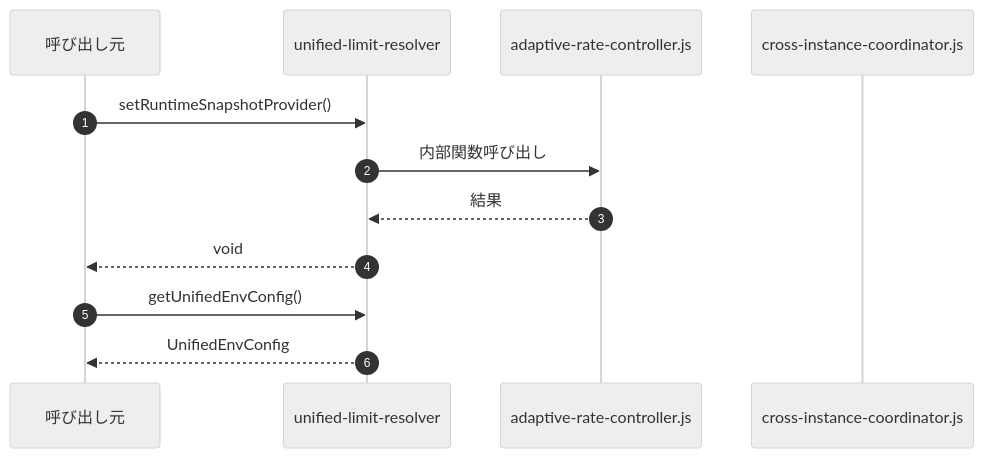
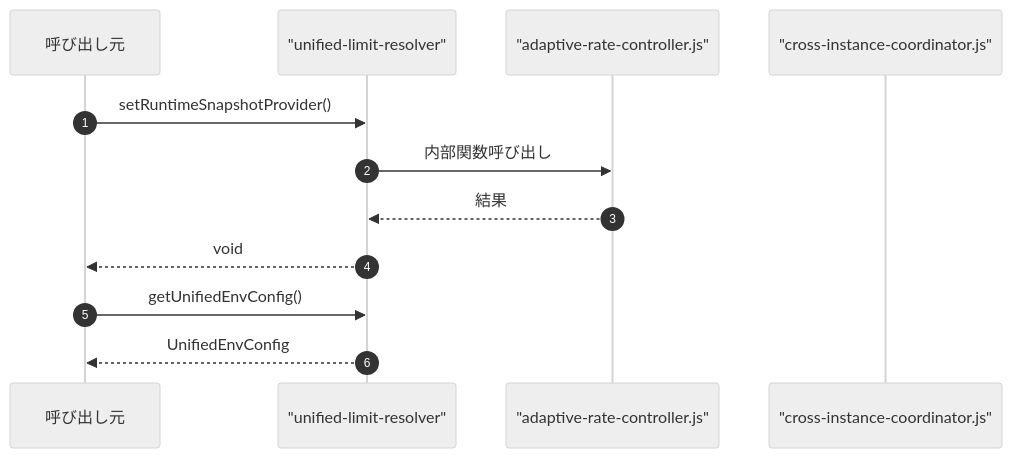
One commit to Mekann2904/mekann changed the fourth of 4 diagrams in ABDD/.pi/lib/unified-limit-resolver.md. Above: the diagram before and after it, drawn with Mermaid (neutral theme). The commit also changed other lines of this file and 152 other files, not shown here.

First line of the commit message:
fix: Mermaid図のラベル内の特殊文字をエスケープする

````diff
--- a/ABDD/.pi/lib/unified-limit-resolver.md
+++ b/ABDD/.pi/lib/unified-limit-resolver.md
@@ -112,16 +112,16 @@
 ```mermaid
 sequenceDiagram
   autonumber
   participant Caller as 呼び出し元
-  participant unified_limit_resolver as unified-limit-resolver
-  participant adaptive_rate_controller_js as adaptive-rate-controller.js
-  participant cross_instance_coordinator_js as cross-instance-coordinator.js
+  participant unified_limit_resolver as "unified-limit-resolver"
+  participant adaptive_rate_controller_js as "adaptive-rate-controller.js"
+  participant cross_instance_coordinator_js as "cross-instance-coordinator.js"
 
   Caller->>unified_limit_resolver: setRuntimeSnapshotProvider()
   unified_limit_resolver->>adaptive_rate_controller_js: 内部関数呼び出し
   adaptive_rate_controller_js-->>unified_limit_resolver: 結果
   unified_limit_resolver-->>Caller: void
 
   Caller->>unified_limit_resolver: getUnifiedEnvConfig()
   unified_limit_resolver-->>Caller: UnifiedEnvConfig
 ```
````
